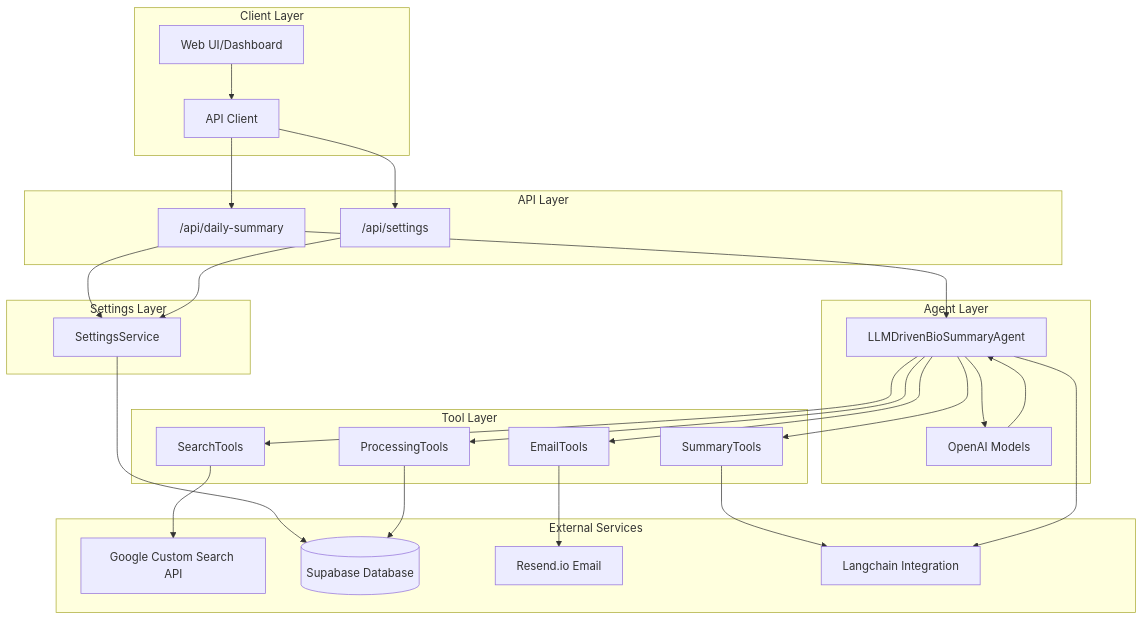
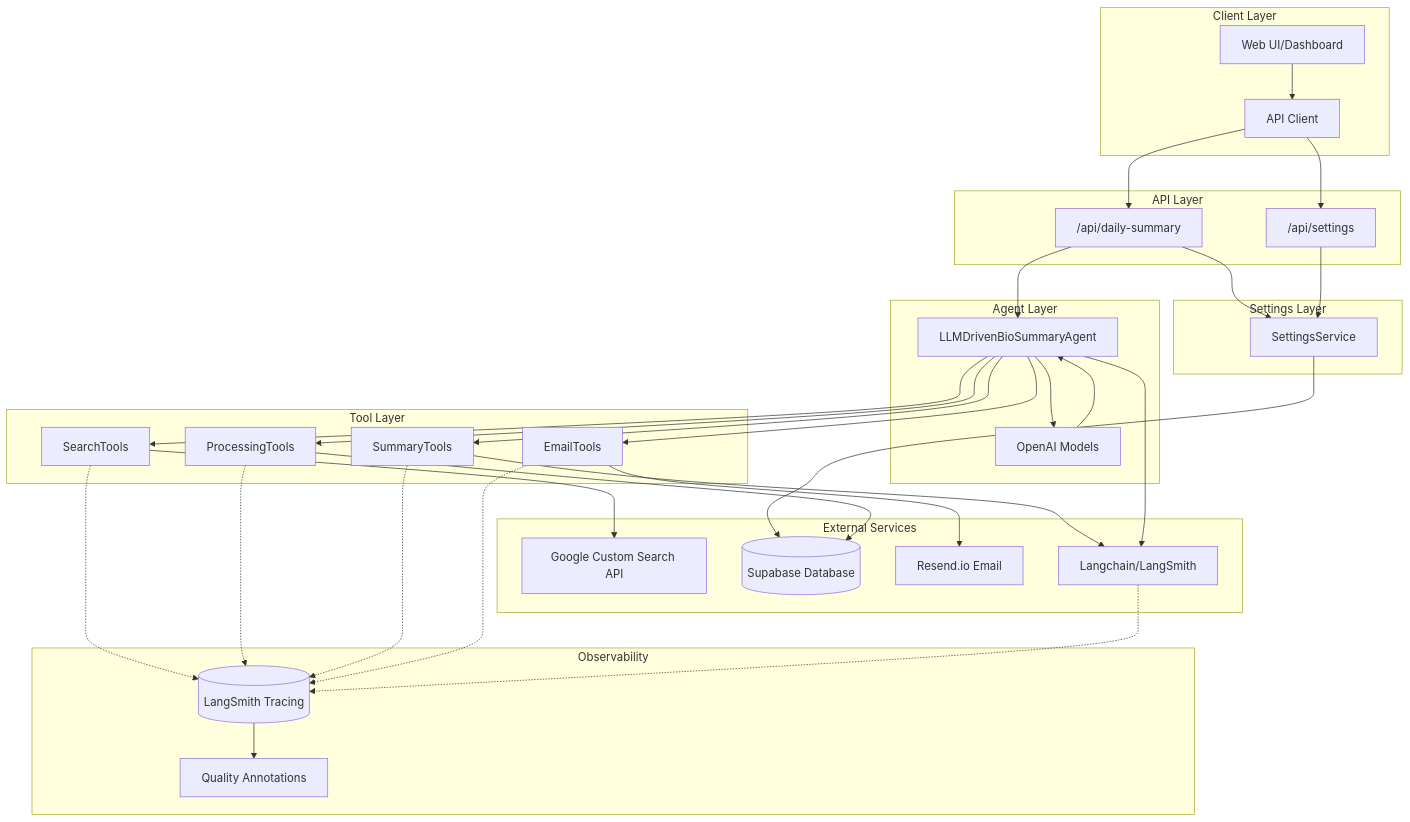
The first of 6 diagrams in ABS V2 - Architecture Spec.md (ashtekar/agent-bio-summary-v2), drawn with Mermaid before and after one commit. The commit also changed other lines of this file and 3 other files, not shown here.

First line of the commit message:
Update documentation to reflect LangSmith integration

````diff
--- a/ABS V2 - Architecture Spec.md
+++ b/ABS V2 - Architecture Spec.md
@@ -5,57 +5,69 @@
 ```mermaid
 graph TB
     subgraph "Client Layer"
         UI[Web UI/Dashboard]
         API_CLIENT[API Client]
     end
     
     subgraph "API Layer"
         API_ROUTE["/api/daily-summary"]
         SETTINGS_API["/api/settings"]
     end
     
     subgraph "Agent Layer"
         LLM_AGENT[LLMDrivenBioSummaryAgent]
         OPENAI[OpenAI Models]
     end
     
     subgraph "Settings Layer"
         SETTINGS_SERVICE[SettingsService]
     end
     
     subgraph "Tool Layer"
         SEARCH_TOOLS[SearchTools]
         PROCESSING_TOOLS[ProcessingTools]
         SUMMARY_TOOLS[SummaryTools]
         EMAIL_TOOLS[EmailTools]
     end
     
     subgraph "External Services"
         GOOGLE_SEARCH[Google Custom Search API]
         SUPABASE[("Supabase Database")]
         RESEND[Resend.io Email]
-        LANGCHAIN[Langchain Integration]
+        LANGCHAIN[Langchain/LangSmith]
+    end
+    
+    subgraph "Observability"
+        LANGSMITH[("LangSmith Tracing")]
+        ANNOTATIONS[Quality Annotations]
     end
     
     UI --> API_CLIENT
     API_CLIENT --> API_ROUTE
     API_CLIENT --> SETTINGS_API
     API_ROUTE --> SETTINGS_SERVICE
     SETTINGS_API --> SETTINGS_SERVICE
     SETTINGS_SERVICE --> SUPABASE
     API_ROUTE --> LLM_AGENT
     LLM_AGENT --> OPENAI
     OPENAI --> LLM_AGENT
     
     LLM_AGENT --> SEARCH_TOOLS
     LLM_AGENT --> PROCESSING_TOOLS
     LLM_AGENT --> SUMMARY_TOOLS
     LLM_AGENT --> EMAIL_TOOLS
     
     SEARCH_TOOLS --> GOOGLE_SEARCH
     PROCESSING_TOOLS --> SUPABASE
     SUMMARY_TOOLS --> LANGCHAIN
     EMAIL_TOOLS --> RESEND
     
     LLM_AGENT --> LANGCHAIN
+    
+    SEARCH_TOOLS -.-> LANGSMITH
+    PROCESSING_TOOLS -.-> LANGSMITH
+    SUMMARY_TOOLS -.-> LANGSMITH
+    EMAIL_TOOLS -.-> LANGSMITH
+    LANGCHAIN -.-> LANGSMITH
+    LANGSMITH --> ANNOTATIONS
 ```
````
